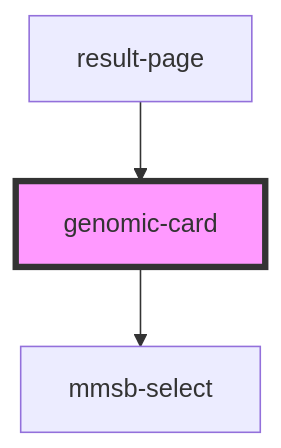
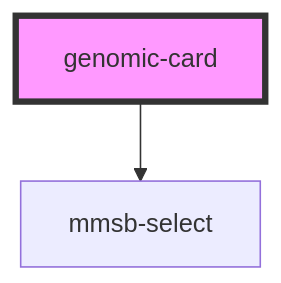
One commit to MMSB-MOBI/result_page_crispr changed the diagram in src/components/genomic-card/readme.md. Above: the diagram before and after it, drawn with Mermaid. The commit also changed other lines of this file and 10 other files, not shown here.

````diff
--- a/src/components/genomic-card/readme.md
+++ b/src/components/genomic-card/readme.md
@@ -43,6 +40,5 @@
 ```mermaid
 graph TD;
   genomic-card --> mmsb-select
-  result-page --> genomic-card
   style genomic-card fill:#f9f,stroke:#333,stroke-width:4px
 ```
````
